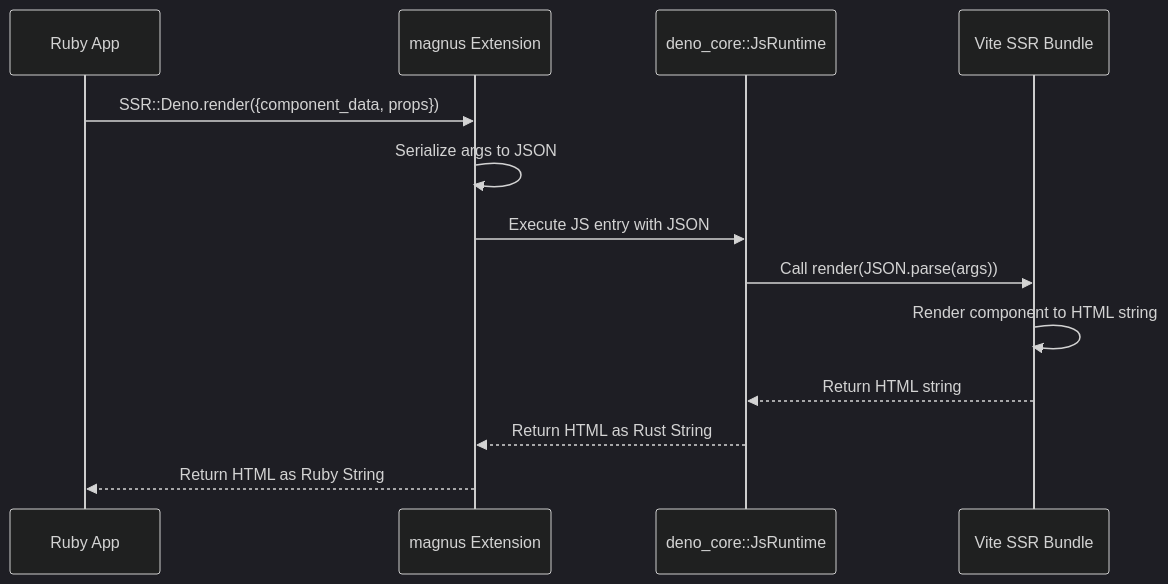
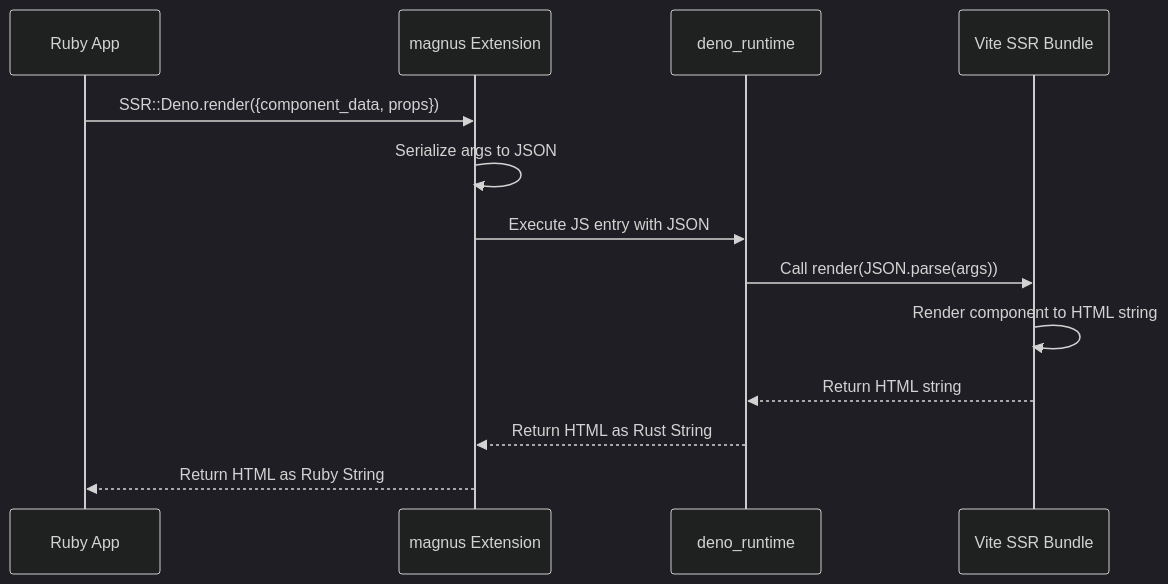
The second of 4 diagrams in plans/architecture.md (mdesantis/ssr-deno), drawn with Mermaid (dark theme) before and after one commit. The commit also changed other lines of this file and 5 other files, not shown here.

````diff
--- a/plans/architecture.md
+++ b/plans/architecture.md
@@ -31,16 +33,16 @@
 ```mermaid
 sequenceDiagram
     participant Ruby as Ruby App
     participant Ext as magnus Extension
-    participant V8 as deno_core::JsRuntime
+    participant RT as deno_runtime
     participant JS as Vite SSR Bundle
 
     Ruby->>Ext: SSR::Deno.render({component_data, props})
     Ext->>Ext: Serialize args to JSON
-    Ext->>V8: Execute JS entry with JSON
-    V8->>JS: Call render(JSON.parse(args))
+    Ext->>RT: Execute JS entry with JSON
+    RT->>JS: Call render(JSON.parse(args))
     JS->>JS: Render component to HTML string
-    JS-->>V8: Return HTML string
-    V8-->>Ext: Return HTML as Rust String
+    JS-->>RT: Return HTML string
+    RT-->>Ext: Return HTML as Rust String
     Ext-->>Ruby: Return HTML as Ruby String
 ```
````
